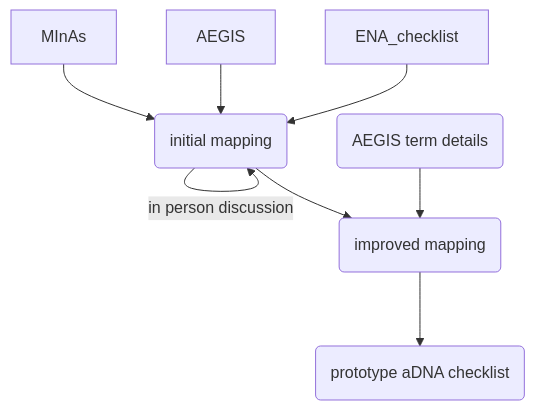
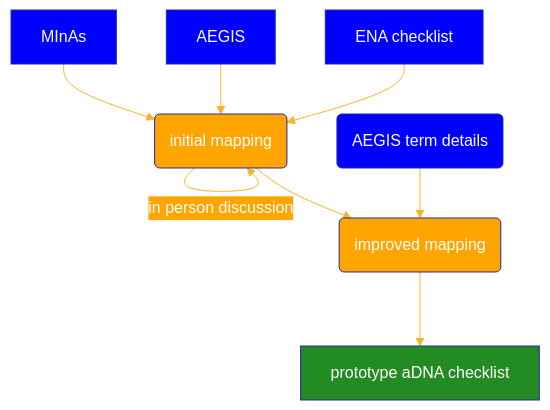
One commit to Woolly-at-EBI/AEGIS changed the diagram in docs/initial_checklist.md. Above: the diagram before and after it, drawn with Mermaid.

Commit message:
added colouration

````diff
--- a/docs/initial_checklist.md
+++ b/docs/initial_checklist.md
@@ -1,10 +1,27 @@
 ```mermaid
-flowchart TD
-    A[MInAs] -->mapping(initial mapping)
-    AEGIS --> mapping
-    ENA_checklist --> mapping
+---
+config:
+  theme: 'base'
+  themeVariables:
+    primaryColor: 'blue'
+    primaryTextColor: '#fff'
+    lineColor: '#F8B229'
+    secondaryColor: '#FFA500'
+    tertiaryColor: '#fff'
+---
+  
+    flowchart TD
+    A[MInAs] -->mapping(initial mapping):::progress
+    AEGIS[AEGIS] --> mapping
+    ENA_checklist[ENA checklist] --> mapping
     mapping --"in person discussion"--> mapping
-    mapping --> mapping_imp(improved mapping)
+    mapping --> mapping_imp(improved mapping):::progress
+    
     AEGIS_IMP(AEGIS term details)--> mapping_imp
-    mapping_imp -- "  "--> prot_checklist(prototype aDNA checklist)
+    mapping_imp -- "  "--> prot_checklist[prototype aDNA checklist]:::done
+    
+    classDef progress fill:#FFA500
+    classDef done fill:#228B22
+    
+    
 ```
````
